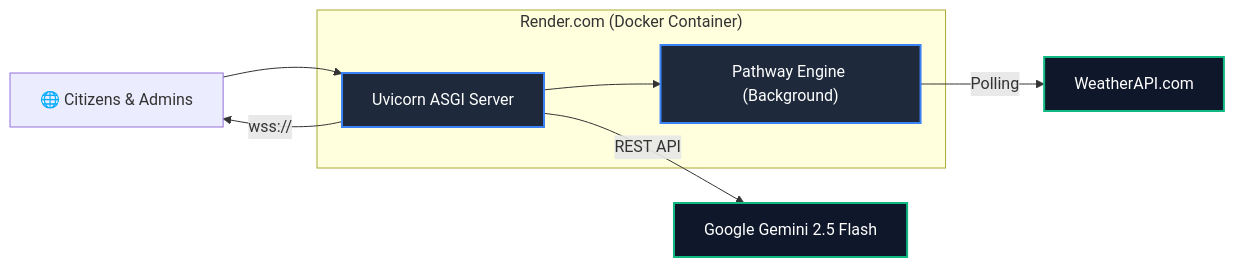
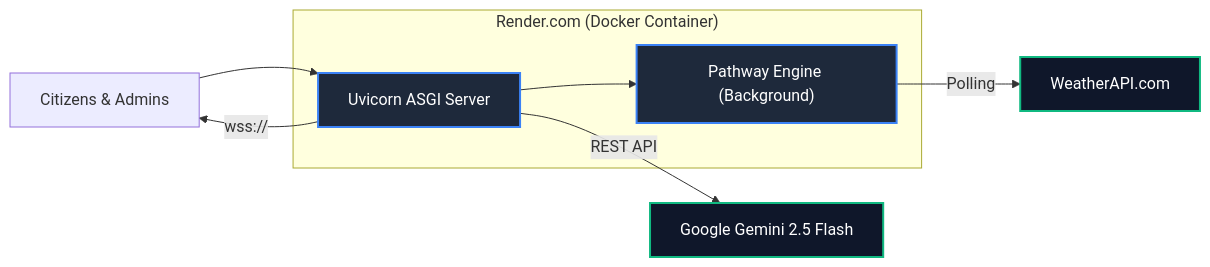
Before and after one commit to gintama1018/HACK-FOR-GREEN-BHARAT-HACKATHON: the third of 3 diagrams in README.md, drawn with Mermaid. The commit also changed other lines of this file and 2 other files, not shown here.

````diff
--- a/README.md
+++ b/README.md
@@ -264,17 +366,17 @@
 ```mermaid
 graph LR
     classDef cloud fill:#1E293B,stroke:#3B82F6,stroke-width:2px,color:#fff
     classDef ext fill:#0F172A,stroke:#10B981,stroke-width:2px,color:#fff
 
-    user["🌐 Citizens & Admins"] --> render
+    user["Citizens & Admins"] --> render
 
     subgraph "Render.com (Docker Container)"
         render["Uvicorn ASGI Server"]:::cloud
         pathway_bg["Pathway Engine (Background)"]:::cloud
         render --> pathway_bg
     end
 
     render -- "REST API" --> gemini["Google Gemini 2.5 Flash"]:::ext
     pathway_bg -- "Polling" --> weather["WeatherAPI.com"]:::ext
     render -- "wss://" --> user
 ```
````
